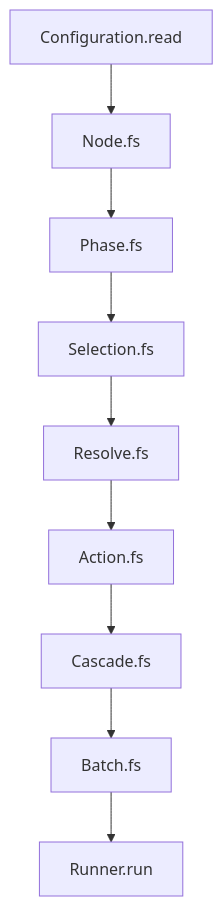
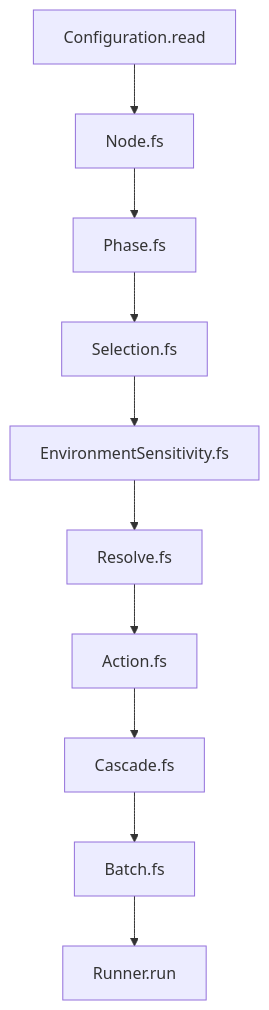
The diagram in docs/architecture/graph-pipeline.md (MagnusOpera/terrabuild), drawn with Mermaid before and after one commit. The commit also changed other lines of this file and 23 other files, not shown here.

````diff
--- a/docs/architecture/graph-pipeline.md
+++ b/docs/architecture/graph-pipeline.md
@@ -5,11 +5,12 @@
 ```mermaid
 graph TD
     A[Configuration.read] --> B[Node.fs]
     B --> C[Phase.fs]
     C --> D[Selection.fs]
-    D --> E[Resolve.fs]
-    E --> F[Action.fs]
-    F --> G[Cascade.fs]
-    G --> H[Batch.fs]
-    H --> I[Runner.run]
+    D --> E[EnvironmentSensitivity.fs]
+    E --> F[Resolve.fs]
+    F --> G[Action.fs]
+    G --> H[Cascade.fs]
+    H --> I[Batch.fs]
+    I --> J[Runner.run]
 ```
````
